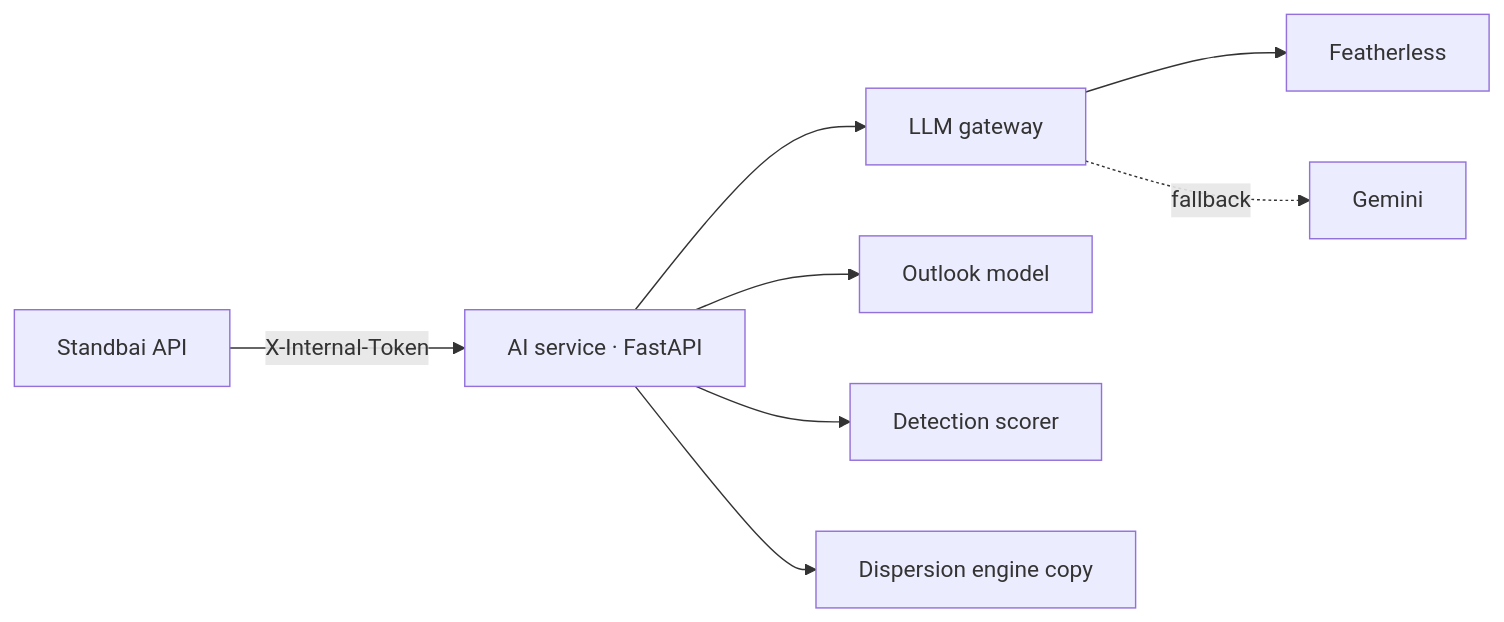
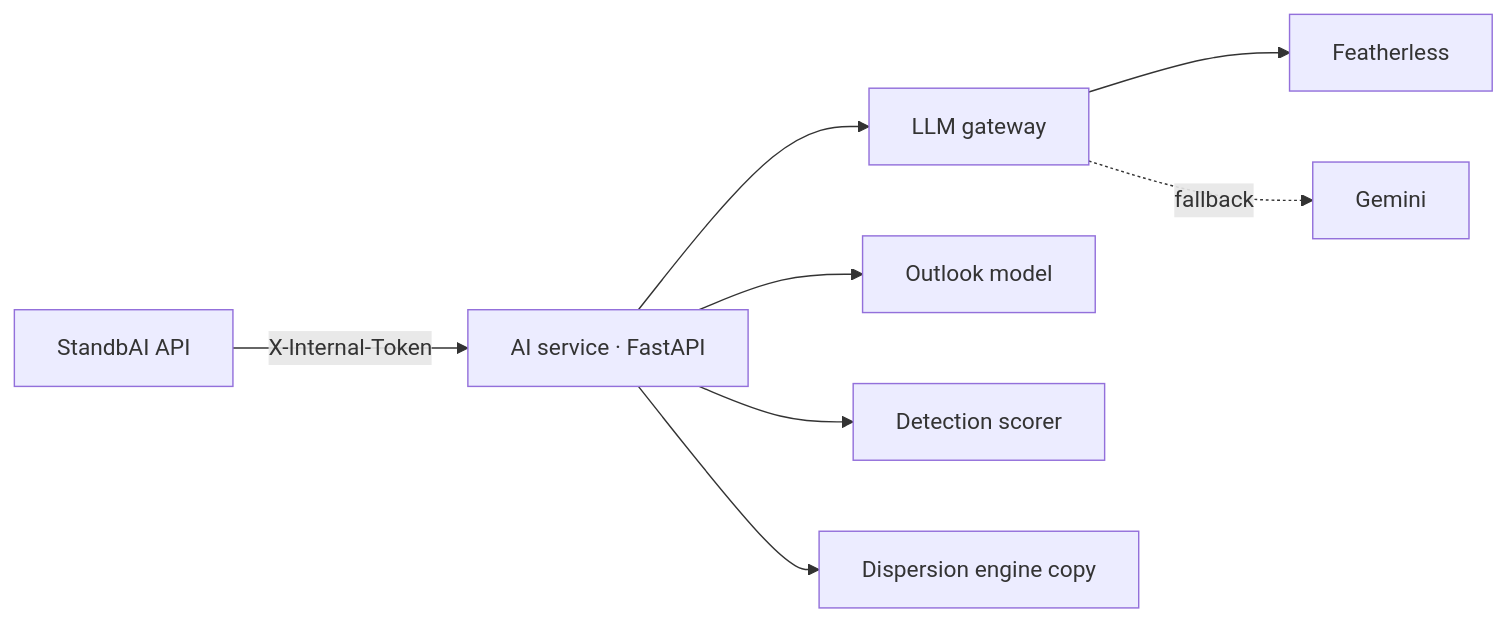
One commit to ITHACKITS/AI-FORGEHACK-2026 changed the diagram in README.md. Above: the diagram before and after it, drawn with Mermaid. The commit also changed other lines of this file and 4 other files, not shown here.

````diff
--- a/README.md
+++ b/README.md
@@ -47,10 +48,10 @@
 ```mermaid
 flowchart LR
-  BE[Standbai API] -->|X-Internal-Token| API[AI service · FastAPI]
+  BE[StandbAI API] -->|X-Internal-Token| API[AI service · FastAPI]
   API --> GW[LLM gateway]
   GW --> FL[Featherless]
   GW -.fallback.-> GM[Gemini]
   API --> OUT[Outlook model]
   API --> CLS[Detection scorer]
   API --> SIM[Dispersion engine copy]
 ```
````
